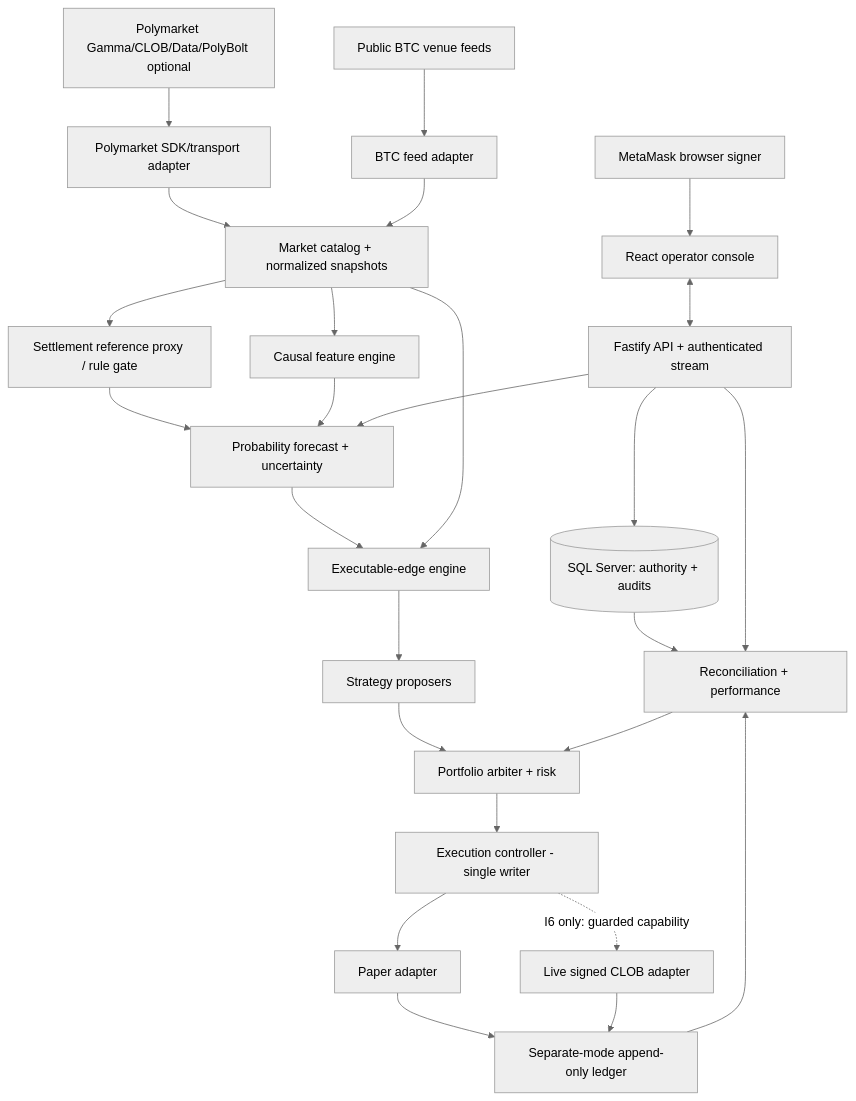
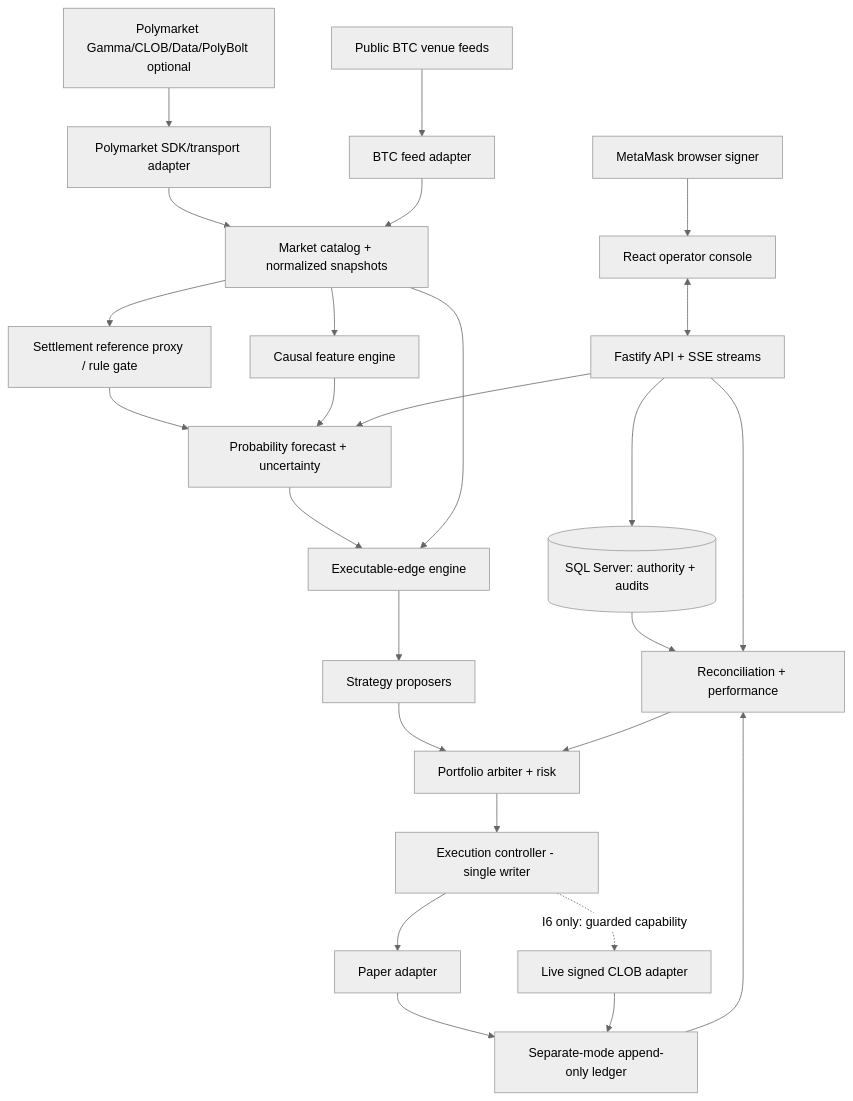
Before and after one commit to sks710931/polymarket-bot: the diagram in Architecture.md, drawn with Mermaid (neutral theme). The commit also changed other lines of this file and 8 other files, not shown here.

````diff
--- a/Architecture.md
+++ b/Architecture.md
@@ -66,28 +70,28 @@
 ```mermaid
 flowchart TD
     MetaMask["MetaMask browser signer"] --> Web["React operator console"]
-    Web <--> API["Fastify API + authenticated stream"]
+    Web <--> API["Fastify API + SSE streams"]
     Poly["Polymarket Gamma/CLOB/Data/PolyBolt optional"] --> Adapter["Polymarket SDK/transport adapter"]
     BTC["Public BTC venue feeds"] --> Feed["BTC feed adapter"]
     Adapter --> Market["Market catalog + normalized snapshots"]
     Feed --> Market
     Market --> Ref["Settlement reference proxy / rule gate"]
     Market --> Feature["Causal feature engine"]
     Ref --> Model["Probability forecast + uncertainty"]
     Feature --> Model
     Model --> Edge["Executable-edge engine"]
     Market --> Edge
     Edge --> Strategy["Strategy proposers"]
     Strategy --> Arbiter["Portfolio arbiter + risk"]
     Arbiter --> Execution["Execution controller - single writer"]
     Execution --> Paper["Paper adapter"]
     Execution -. "I6 only: guarded capability" .-> Live["Live signed CLOB adapter"]
     Paper --> Ledger["Separate-mode append-only ledger"]
     Live --> Ledger
     Ledger --> Reconcile["Reconciliation + performance"]
     Reconcile --> Arbiter
     API --> SQL[("SQL Server: authority + audits")]
     SQL --> Reconcile
     API --> Model
     API --> Reconcile
 ```
````
